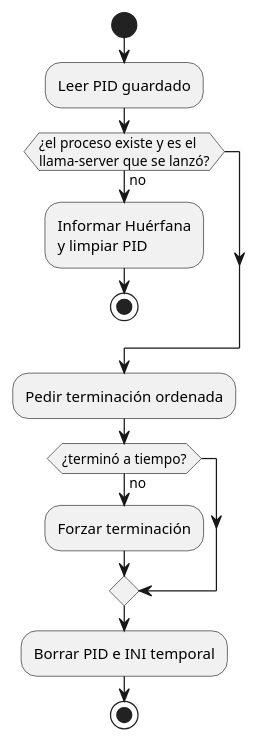
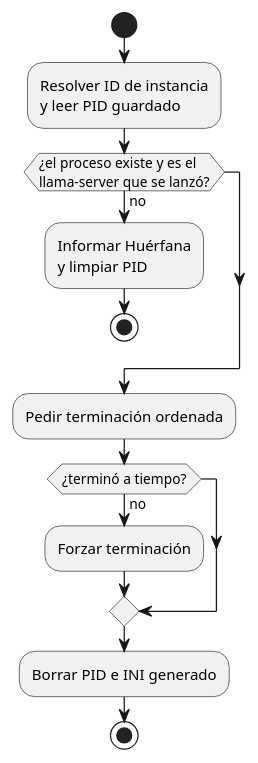
Before and after one commit to mstranich/coquena: the third of 7 diagrams in docs/actividades.md, drawn with PlantUML. The commit also changed other lines of this file and 7 other files, not shown here.

````diff
--- a/docs/actividades.md
+++ b/docs/actividades.md
@@ -114,16 +115,16 @@
 ```plantuml
 @startuml
 start
-:Leer PID guardado;
+:Resolver ID de instancia\ny leer PID guardado;
 if (¿el proceso existe y es el\nllama-server que se lanzó?) then (no)
   :Informar Huérfana\ny limpiar PID;
   stop
 endif
 :Pedir terminación ordenada;
 if (¿terminó a tiempo?) then (no)
   :Forzar terminación;
 endif
-:Borrar PID e INI temporal;
+:Borrar PID e INI generado;
 stop
 @enduml
 ```
````
